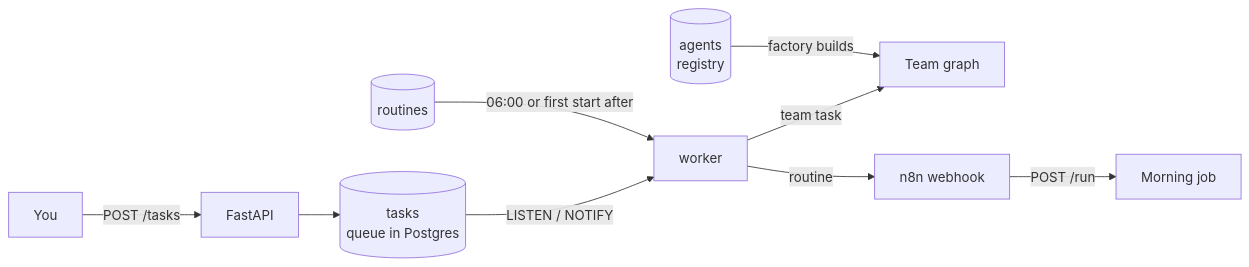
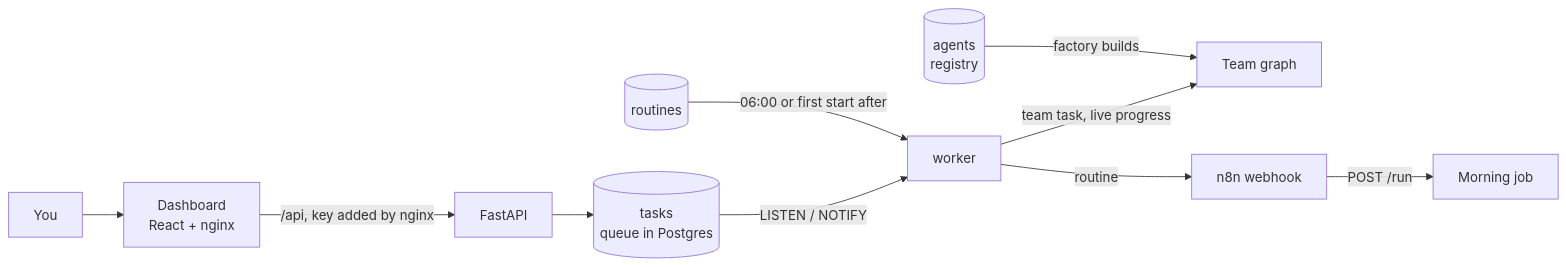
Before and after one commit to JTTrinborg/hephaestus: the first of 4 diagrams in README.md, drawn with Mermaid. The commit also changed other lines of this file, not shown here.

````diff
--- a/README.md
+++ b/README.md
@@ -13,11 +15,12 @@
 ```mermaid
 flowchart LR
-    YOU[You] -->|POST /tasks| API[FastAPI]
+    YOU[You] --> D[Dashboard<br/>React + nginx]
+    D -->|/api, key added by nginx| API[FastAPI]
     API --> Q[(tasks<br/>queue in Postgres)]
     Q -->|LISTEN / NOTIFY| W[worker]
     R[(routines)] -->|06:00 or first start after| W
-    W -->|team task| T[Team graph]
+    W -->|team task, live progress| T[Team graph]
     W -->|routine| N8N[n8n webhook]
     REG[(agents<br/>registry)] -->|factory builds| T
     N8N -->|POST /run| MJ[Morning job]
 ```
````
